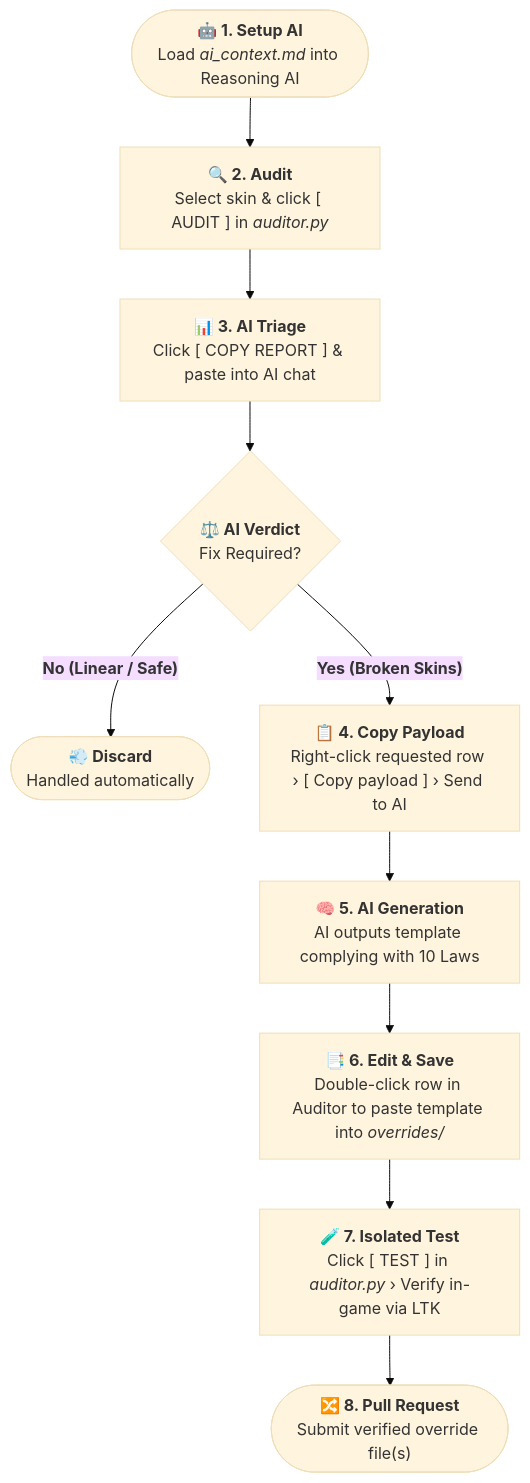
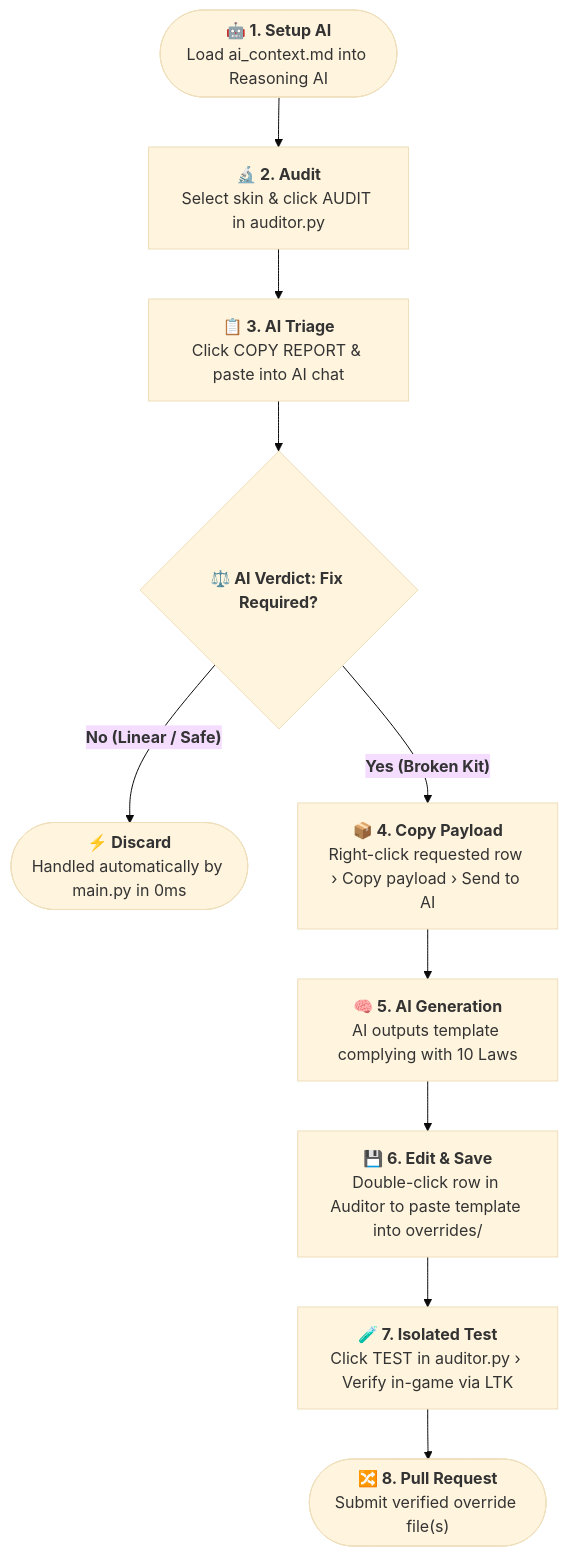
The diagram in CONTRIBUTING.md (gsmeven/vanilla-true-builder), drawn with Mermaid (base theme) before and after one commit.

Commit message:
release: v1.8.3

````diff
--- a/CONTRIBUTING.md
+++ b/CONTRIBUTING.md
@@ -23,12 +23,12 @@
 ```mermaid
 flowchart TD
-    A(["<b>🤖 1. Setup AI</b>\nLoad <i>ai_context.md</i> into Reasoning AI"]) --> B["<b>🔍 2. Audit</b>\nSelect skin & click [ AUDIT ] in <i>auditor.py</i>"]
-    B --> C["<b>📊 3. AI Triage</b>\nClick [ COPY REPORT ] & paste into AI chat"]
-    C --> D{"<b>⚖️ AI Verdict</b>\nFix Required?"}
-    D -- "<b>No (Linear / Safe)</b>" --> E(["<b>💨 Discard</b>\nHandled automatically"])
-    D -- "<b>Yes (Broken Skins)</b>" --> F["<b>📋 4. Copy Payload</b>\nRight-click requested row › [ Copy payload ] › Send to AI"]
+    A(["<b>🤖 1. Setup AI</b>\nLoad ai_context.md into Reasoning AI"]) --> B["<b>🔬 2. Audit</b>\nSelect skin & click AUDIT in auditor.py"]
+    B --> C["<b>📋 3. AI Triage</b>\nClick COPY REPORT & paste into AI chat"]
+    C --> D{"<b>⚖️ AI Verdict: Fix Required?</b>"}
+    D -- "<b>No (Linear / Safe)</b>" --> E(["<b>⚡ Discard</b>\nHandled automatically by main.py in 0ms"])
+    D -- "<b>Yes (Broken Kit)</b>" --> F["<b>📦 4. Copy Payload</b>\nRight-click requested row › Copy payload › Send to AI"]
     F --> G["<b>🧠 5. AI Generation</b>\nAI outputs template complying with 10 Laws"]
-    G --> H["<b>📑 6. Edit & Save</b>\nDouble-click row in Auditor to paste template into <i>overrides/</i>"]
-    H --> I["<b>🧪 7. Isolated Test</b>\nClick [ TEST ] in <i>auditor.py</i> › Verify in-game via LTK"]
+    G --> H["<b>💾 6. Edit & Save</b>\nDouble-click row in Auditor to paste template into overrides/"]
+    H --> I["<b>🧪 7. Isolated Test</b>\nClick TEST in auditor.py › Verify in-game via LTK"]
     I --> J(["<b>🔀 8. Pull Request</b>\nSubmit verified override file(s)"])
 ```
````
